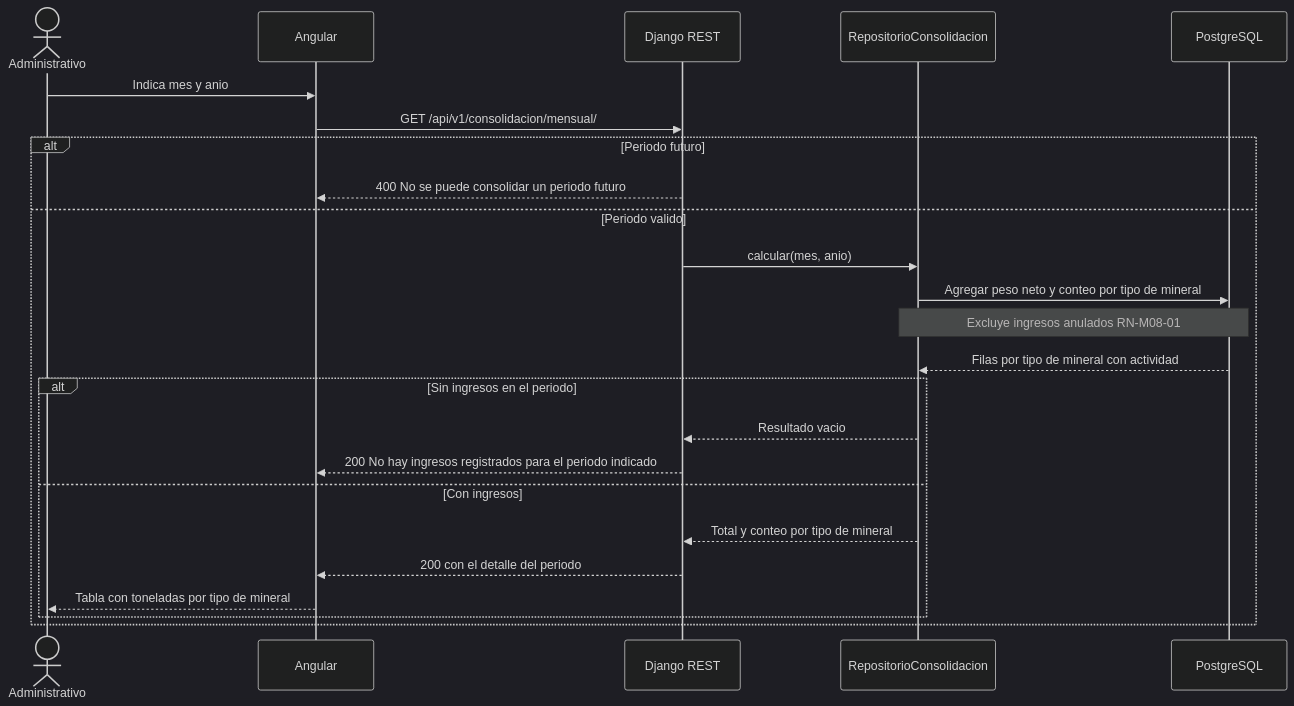
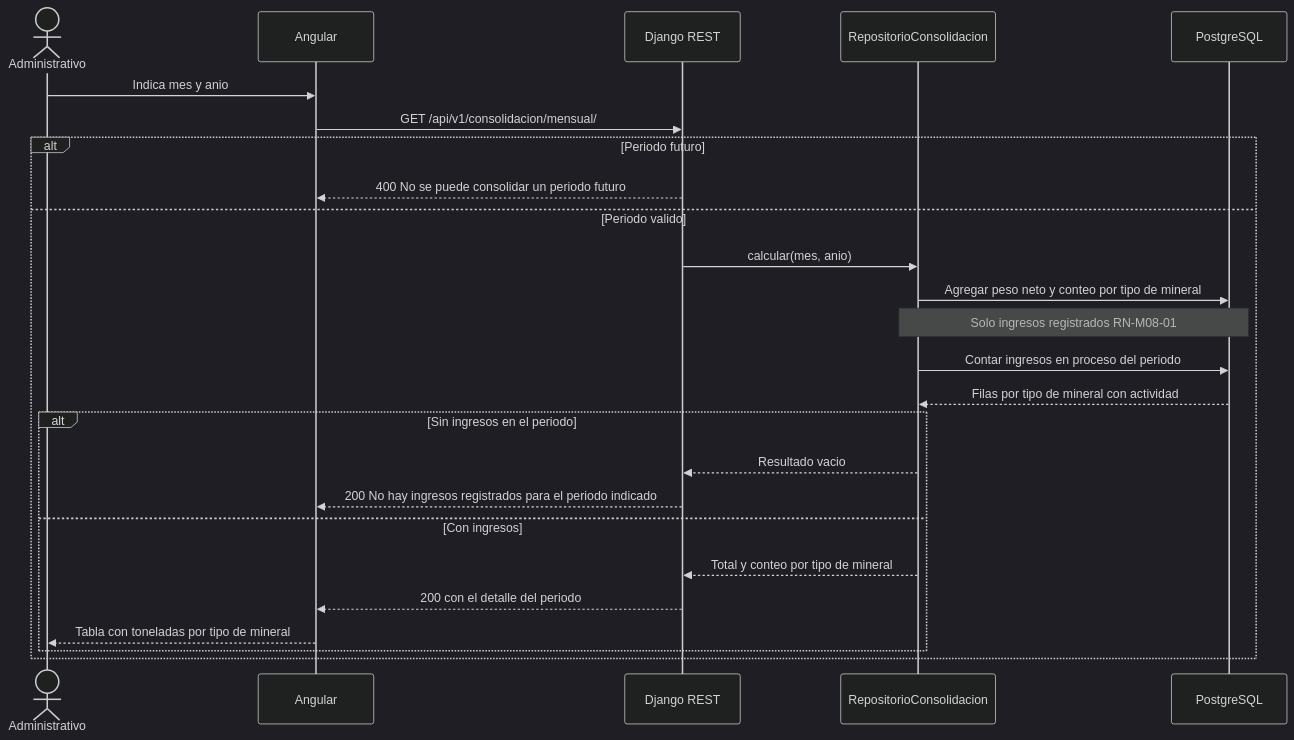
The first of 2 diagrams in docs/modulos/M08-consolidacion/diagramas/secuencia.md (adlerOmonte1/LogisticaMinera), drawn with Mermaid (dark theme) before and after one commit. The commit also changed 91 other files, not shown here.

````diff
--- a/docs/modulos/M08-consolidacion/diagramas/secuencia.md
+++ b/docs/modulos/M08-consolidacion/diagramas/secuencia.md
@@ -5,29 +5,30 @@
 ```mermaid
 sequenceDiagram
     actor A as Administrativo
     participant NG as Angular
     participant API as Django REST
     participant REP as RepositorioConsolidacion
     participant DB as PostgreSQL
 
     A->>NG: Indica mes y anio
     NG->>API: GET /api/v1/consolidacion/mensual/
 
     alt Periodo futuro
         API-->>NG: 400 No se puede consolidar un periodo futuro
     else Periodo valido
         API->>REP: calcular(mes, anio)
         REP->>DB: Agregar peso neto y conteo por tipo de mineral
-        Note over REP,DB: Excluye ingresos anulados RN-M08-01
+        Note over REP,DB: Solo ingresos registrados RN-M08-01
+        REP->>DB: Contar ingresos en proceso del periodo
         DB-->>REP: Filas por tipo de mineral con actividad
 
         alt Sin ingresos en el periodo
             REP-->>API: Resultado vacio
             API-->>NG: 200 No hay ingresos registrados para el periodo indicado
         else Con ingresos
             REP-->>API: Total y conteo por tipo de mineral
             API-->>NG: 200 con el detalle del periodo
             NG-->>A: Tabla con toneladas por tipo de mineral
         end
     end
 ```
````
